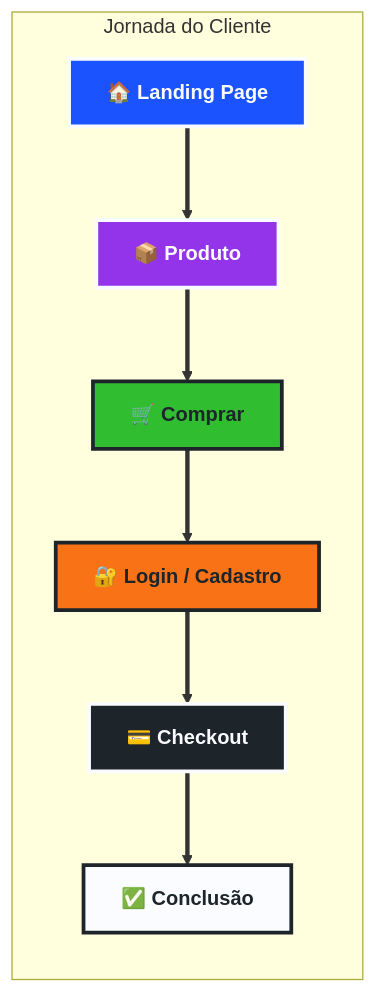
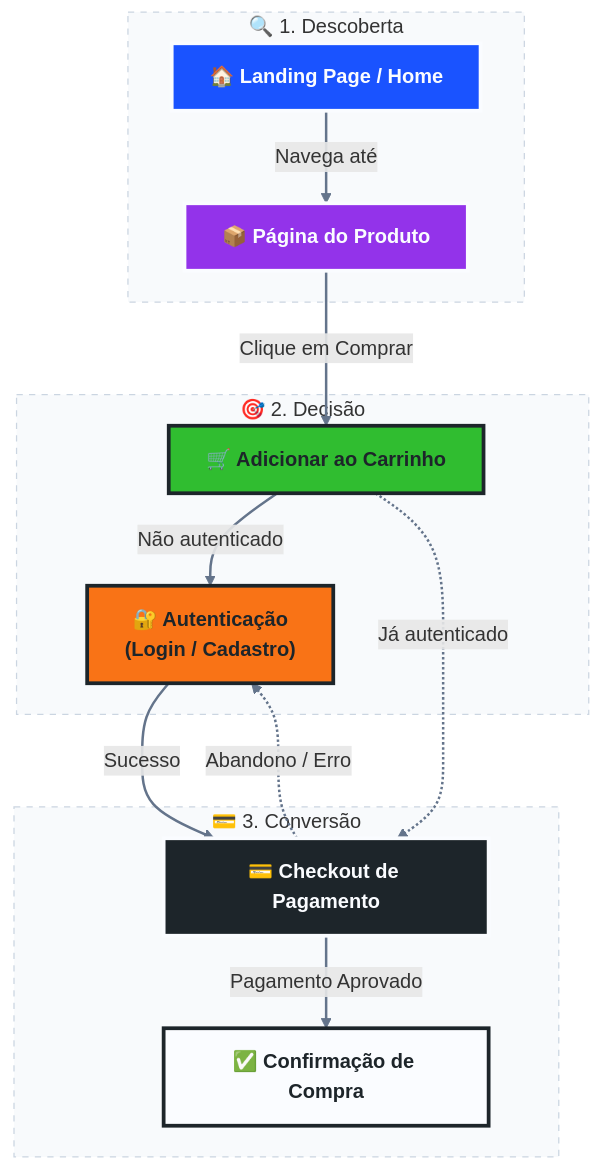
The diagram in README.md (SOPRO-equipe1/front-sopro2), drawn with Mermaid before and after one commit.

Commit message:
Update flowchart styles and structure in README

````diff
--- a/README.md
+++ b/README.md
@@ -26,39 +26,60 @@
 ```mermaid
-graph LR
-    %% Definição de Estilos Avançados
+graph TD
+    %% Definição de Estilos Avançados (Paleta Original Mantida)
     classDef azul fill:#1A53FF,stroke:#FAFCFF,color:#FAFCFF,stroke-width:3px,font-weight:bold;
     classDef roxo fill:#9333EA,stroke:#FAFCFF,color:#FAFCFF,stroke-width:3px,font-weight:bold;
     classDef verde fill:#30BD30,stroke:#1D252A,color:#1D252A,stroke-width:3px,font-weight:bold;
     classDef laranja fill:#F97316,stroke:#1D252A,color:#1D252A,stroke-width:3px,font-weight:bold;
     classDef preto fill:#1D252A,stroke:#FAFCFF,color:#FAFCFF,stroke-width:3px,font-weight:bold;
     classDef branco fill:#FAFCFF,stroke:#1D252A,color:#1D252A,stroke-width:3px,font-weight:bold;
+    classDef cinza fill:#4B5563,stroke:#e5e7eb,color:#fff,stroke-width:2px,font-weight:bold;
 
-    %% Nós com Ícones e Texto
-    LP["🏠 Landing Page"] 
-    PP["📦 Produto"] 
-    PC["🛒 Comprar"] 
-    LC["🔐 Login / Cadastro"] 
-    CH["💳 Checkout"] 
-    CC["✅ Conclusão"]
+    %% Configuração de Links (Linhas) - Mantendo cinza neutro
+    linkStyle default stroke:#64748b,stroke-width:2px,font-family:Arial;
 
-    %% Fluxo com setas estilizadas
-    LP ==> PP ==> PC ==> LC ==> CH ==> CC
+    %% --- CAMADA DE DESCOBERTA ---
+    subgraph Camada_Descoberta ["🔍 1. Descoberta"]
+        LP["🏠 Landing Page / Home"]
+        PP["📦 Página do Produto"]
+    end
 
-    %% Aplicação das Cores
+    %% --- CAMADA DE DECISÃO ---
+    subgraph Camada_Decisao ["🎯 2. Decisão"]
+        PC["🛒 Adicionar ao Carrinho"]
+        LC["🔐 Autenticação <br> (Login / Cadastro)"]
+    end
+
+    %% --- CAMADA DE CONVERSÃO ---
+    subgraph Camada_Conversao ["💳 3. Conversão"]
+        CH["💳 Checkout de Pagamento"]
+        CC["✅ Confirmação de Compra"]
+    end
+
+    %% --- FLUXO E LÓGICA DO SISTEMA ---
+    LP ==> |"Navega até"| PP
+    PP ==> |"Clique em Comprar"| PC
+    
+    %% Validação de Login (Fluxo condicional)
+    PC ==> |"Não autenticado"| LC
+    LC ==> |"Sucesso"| CH
+    
+    PC -.-> |"Já autenticado"| CH
+    
+    CH ==> |"Pagamento Aprovado"| CC
+    
+    %% Fluxo de Abandono/Retorno
+    CH -.-> |"Abandono / Erro"| LC
+
+    %% Aplicação das Classes de Estilo Originais
     class LP azul;
     class PP roxo;
     class PC verde;
     class LC laranja;
     class CH preto;
     class CC branco;
 
-    %% Subgráficos para organização visual (opcional)
-    subgraph Jornada do Cliente
-    LP
-    PP
-    PC
-    LC
-    CH
-    CC
-    end
+    %% Ajustes visuais dos subgráficos (fundo neutro)
+    style Camada_Descoberta fill:#f8fafc,stroke:#cbd5e1,stroke-width:1px,stroke-dasharray: 5 5;
+    style Camada_Decisao fill:#f8fafc,stroke:#cbd5e1,stroke-width:1px,stroke-dasharray: 5 5;
+    style Camada_Conversao fill:#f8fafc,stroke:#cbd5e1,stroke-width:1px,stroke-dasharray: 5 5;
 ```
````
